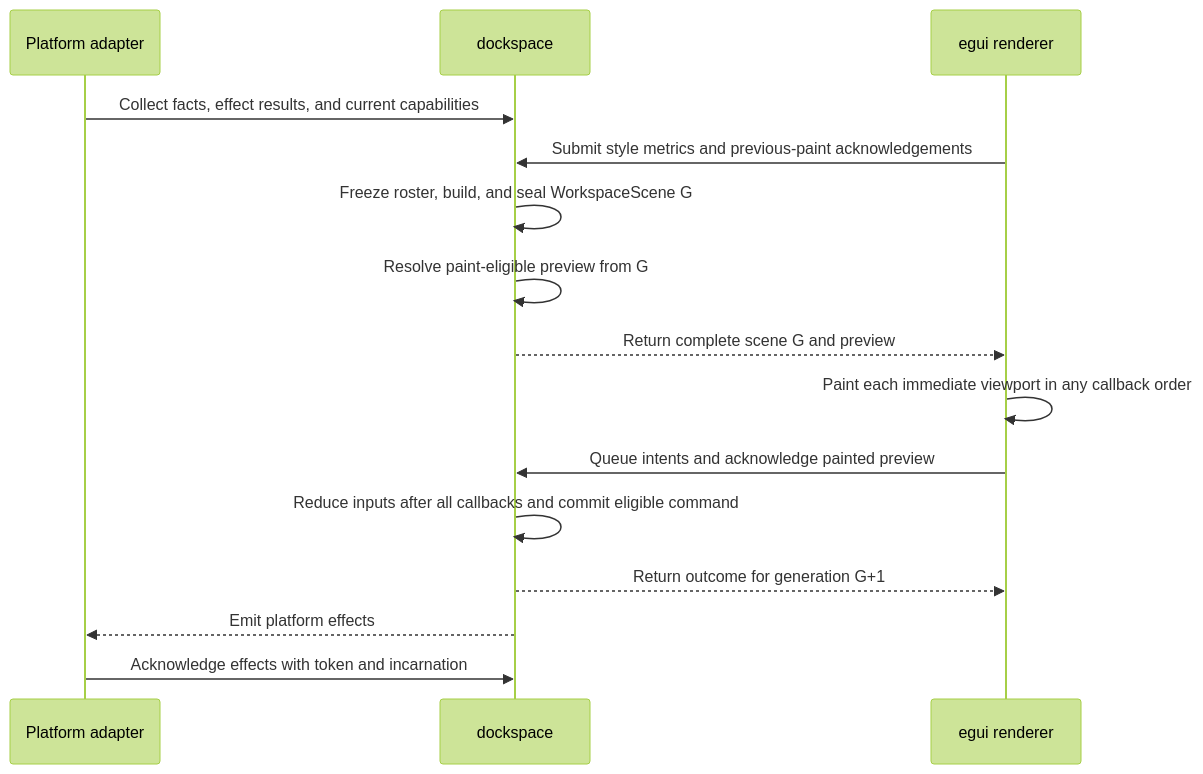
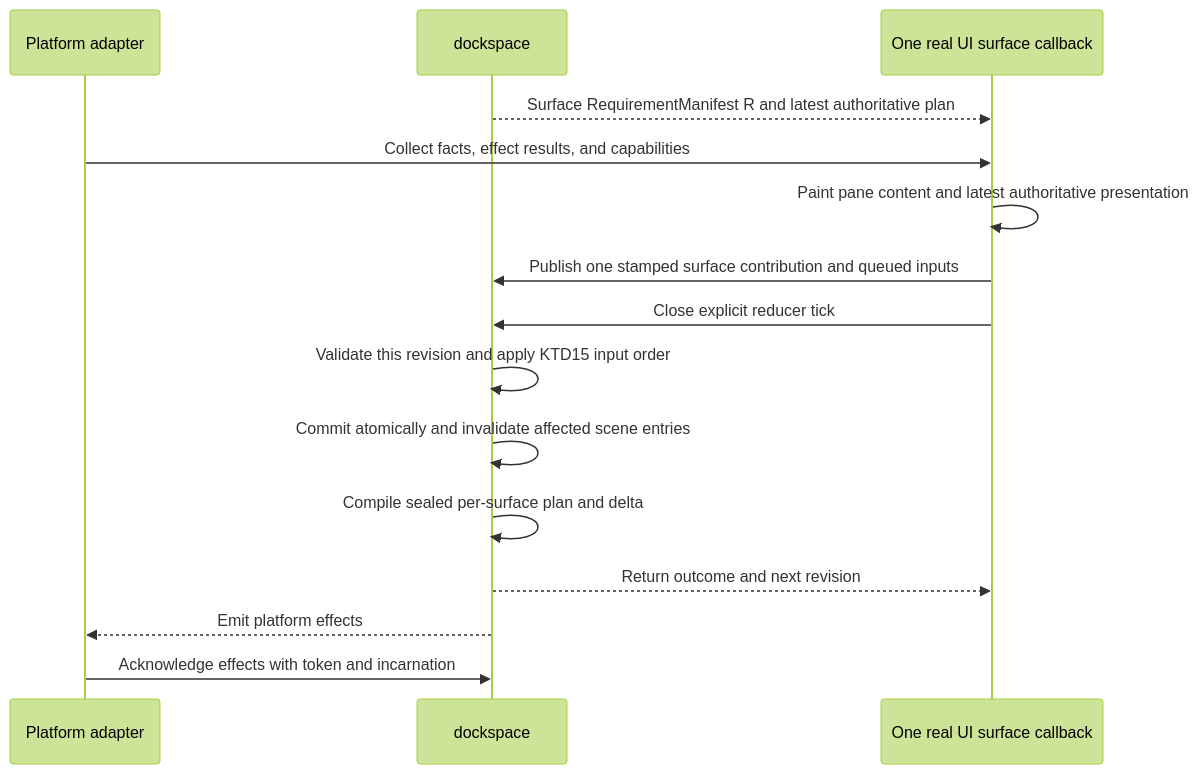
The second of 5 diagrams in docs/plans/2026-07-18-001-headless-dockspace-refactor-plan.md (Latias94/egui_docking), drawn with Mermaid (forest theme) before and after one commit. The commit also changed other lines of this file, not shown here.

Commit message:
docs(plan): harden adapter-neutral docking gates

````diff
--- a/docs/plans/2026-07-18-001-headless-dockspace-refactor-plan.md
+++ b/docs/plans/2026-07-18-001-headless-dockspace-refactor-plan.md
@@ -203,17 +263,17 @@
 ```mermaid
 sequenceDiagram
   participant P as Platform adapter
   participant C as dockspace
-  participant R as egui renderer
-  P->>C: Collect facts, effect results, and current capabilities
-  R->>C: Submit style metrics and previous-paint acknowledgements
-  C->>C: Freeze roster, build, and seal WorkspaceScene G
-  C->>C: Resolve paint-eligible preview from G
-  C-->>R: Return complete scene G and preview
-  R->>R: Paint each immediate viewport in any callback order
-  R->>C: Queue intents and acknowledge painted preview
-  C->>C: Reduce inputs after all callbacks and commit eligible command
-  C-->>R: Return outcome for generation G+1
+  participant R as One real UI surface callback
+  C-->>R: Surface RequirementManifest R and latest authoritative plan
+  P->>R: Collect facts, effect results, and capabilities
+  R->>R: Paint pane content and latest authoritative presentation
+  R->>C: Publish one stamped surface contribution and queued inputs
+  R->>C: Close explicit reducer tick
+  C->>C: Validate this revision and apply KTD15 input order
+  C->>C: Commit atomically and invalidate affected scene entries
+  C->>C: Compile sealed per-surface plan and delta
+  C-->>R: Return outcome and next revision
   C-->>P: Emit platform effects
   P->>C: Acknowledge effects with token and incarnation
 ```
````
